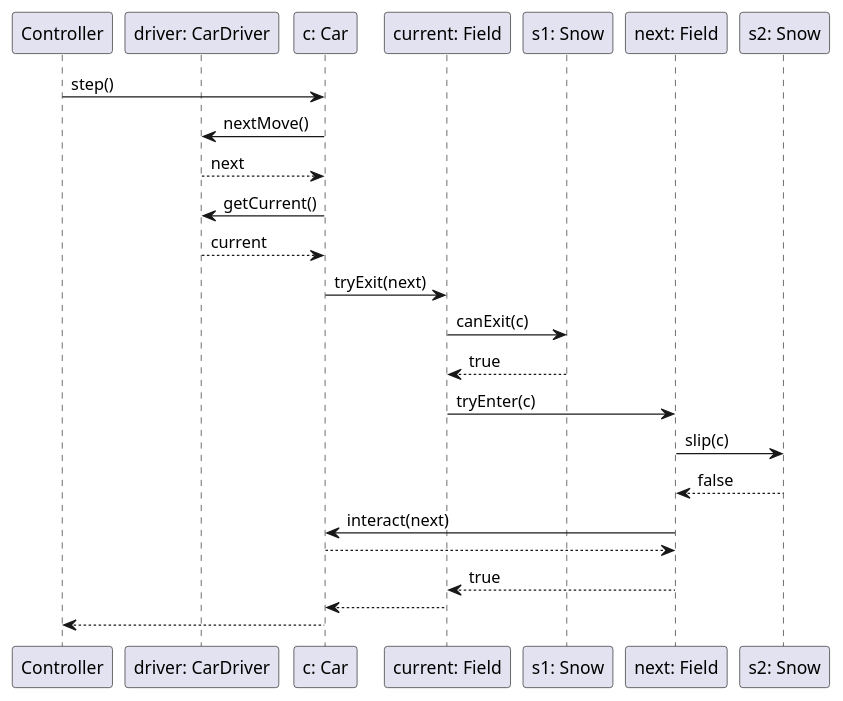
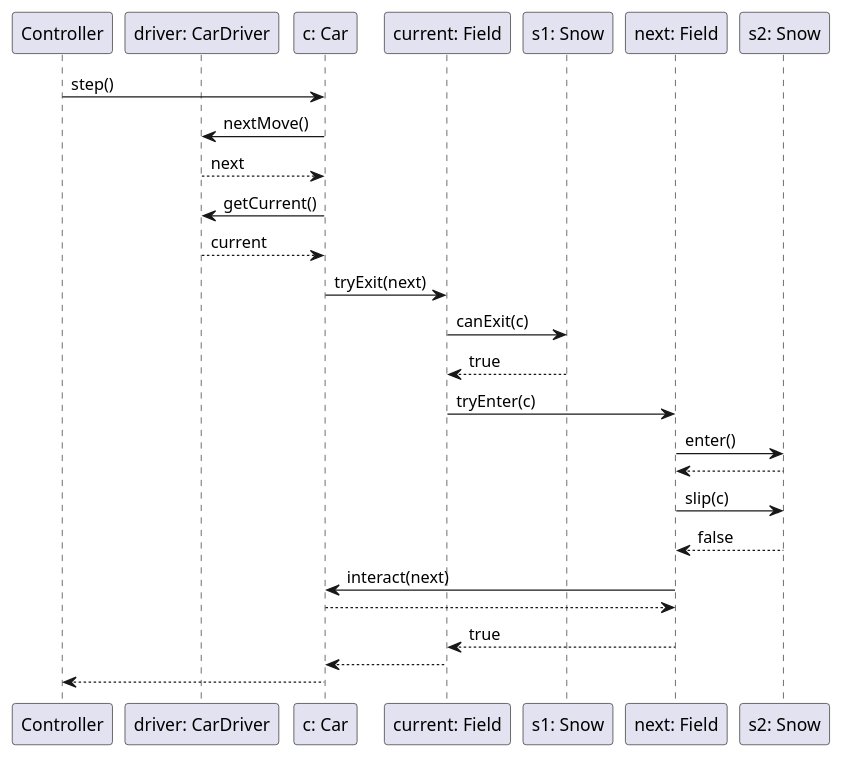
Before and after one commit to uhrinandor/spring: the diagram in docs/analizis1/sequence/step/car/succesful.plantuml, drawn with PlantUML. The commit also changed 3 other files, not shown here.

Commit message:
sequence renames

```diff
--- a/docs/analizis1/sequence/step/car/succesful.plantuml
+++ b/docs/analizis1/sequence/step/car/succesful.plantuml
@@ -1,26 +1,28 @@
 @startuml
 participant "Controller" as controller order 10
 participant "c: Car" as car order 30
 participant "driver: CarDriver" as driver order 20
 participant "next: Field" as next order 60
 participant "current: Field" as current order 40
 participant "s1: Snow" as currentLayer order 50
 participant "s2: Snow" as nextLayer order 70
 
 controller -> car: step()
 car -> driver: nextMove()
 driver --> car: next
 car -> driver: getCurrent()
 driver --> car: current
 car -> current: tryExit(next)
 current -> currentLayer: canExit(c)
 currentLayer --> current: true
 current -> next: tryEnter(c)
+next -> nextLayer: enter()
+nextLayer --> next:
 next -> nextLayer: slip(c)
 nextLayer --> next: false
 next -> car: interact(next)
 car --> next: 
 next --> current: true
 current --> car:
 car --> controller:
 @enduml
```
